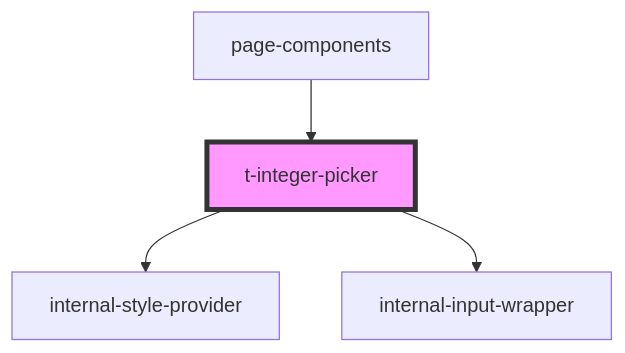
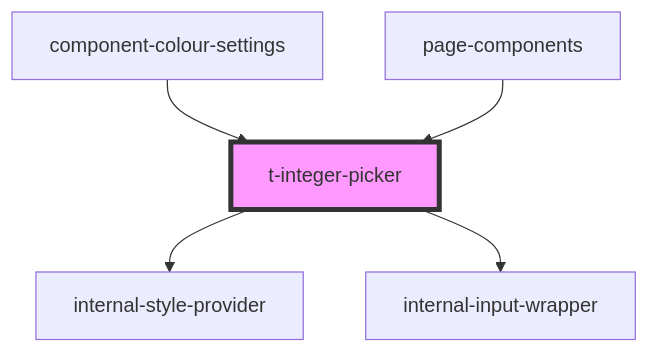
Before and after one commit to TomasEng/web-components: the diagram in packages/stencil/src/components/t-integer-picker/readme.md, drawn with Mermaid. The commit also changed other lines of this file and 19 other files, not shown here.

````diff
--- a/packages/stencil/src/components/t-integer-picker/readme.md
+++ b/packages/stencil/src/components/t-integer-picker/readme.md
@@ -38,7 +39,8 @@
 ```mermaid
 graph TD;
   t-integer-picker --> internal-style-provider
   t-integer-picker --> internal-input-wrapper
+  component-colour-settings --> t-integer-picker
   page-components --> t-integer-picker
   style t-integer-picker fill:#f9f,stroke:#333,stroke-width:4px
 ```
````
